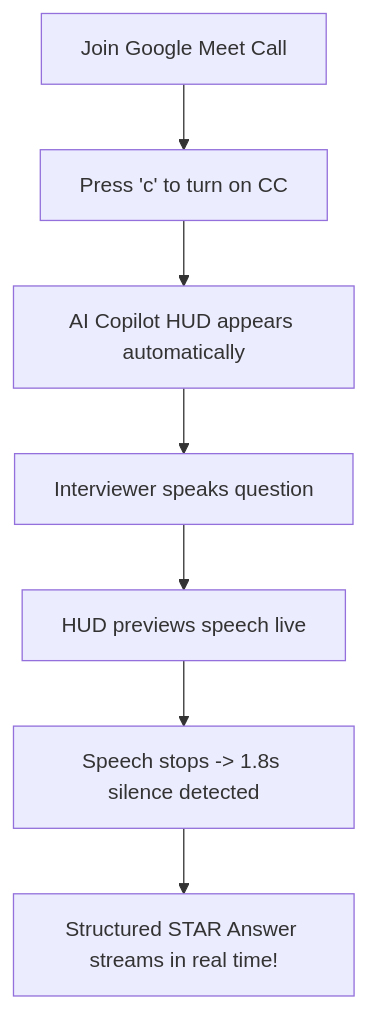
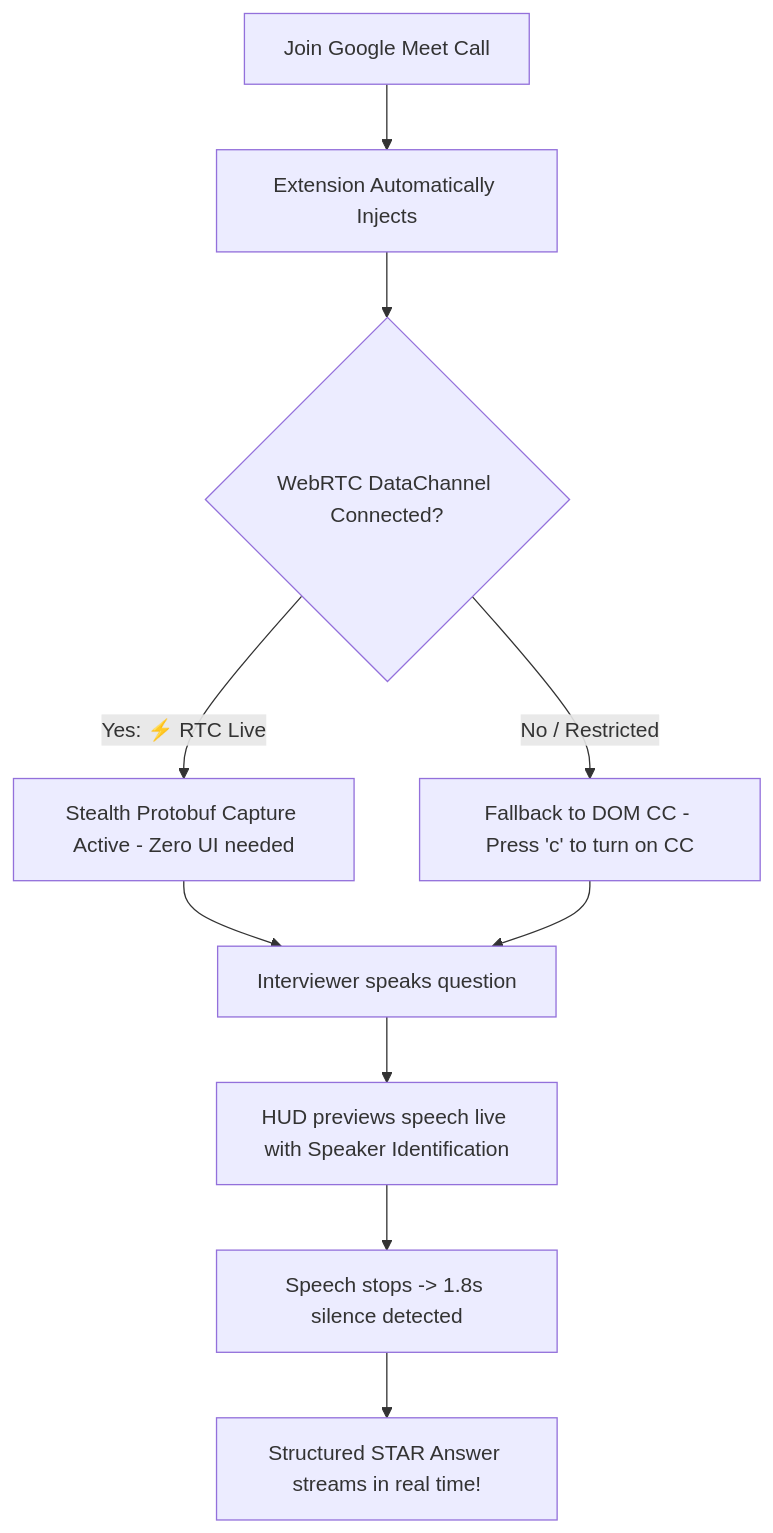
Before and after one commit to rivaldiekaptrrr/interview-ext: the diagram in USER_GUIDE.md, drawn with Mermaid. The commit also changed other lines of this file and 11 other files, not shown here.

Commit message:
feat: implement stealth WebRTC DataChannel caption interception and protobuf decoder (v1.0.8)

````diff
--- a/USER_GUIDE.md
+++ b/USER_GUIDE.md
@@ -163,9 +165,12 @@
 ```mermaid
 graph TD
-    A[Join Google Meet Call] --> B[Press 'c' to turn on CC]
-    B --> C[AI Copilot HUD appears automatically]
-    C --> D[Interviewer speaks question]
-    D --> E[HUD previews speech live]
-    E --> F[Speech stops -> 1.8s silence detected]
-    F --> G[Structured STAR Answer streams in real time!]
+    A[Join Google Meet Call] --> B[Extension Automatically Injects]
+    B --> C{WebRTC DataChannel Connected?}
+    C -->|Yes: ⚡ RTC Live| D[Stealth Protobuf Capture Active - Zero UI needed]
+    C -->|No / Restricted| E[Fallback to DOM CC - Press 'c' to turn on CC]
+    D --> F[Interviewer speaks question]
+    E --> F
+    F --> G[HUD previews speech live with Speaker Identification]
+    G --> H[Speech stops -> 1.8s silence detected]
+    H --> I[Structured STAR Answer streams in real time!]
 ```
````
